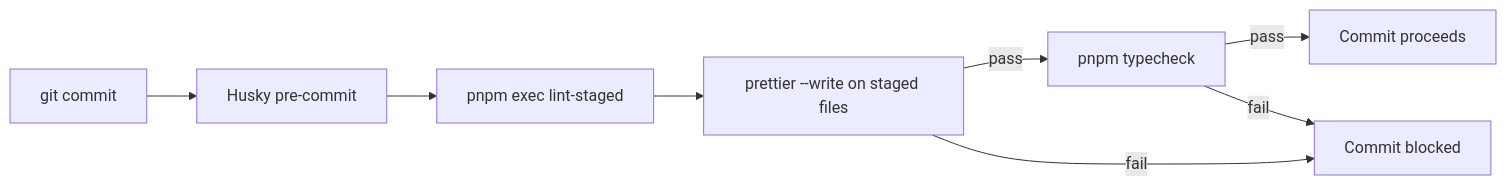
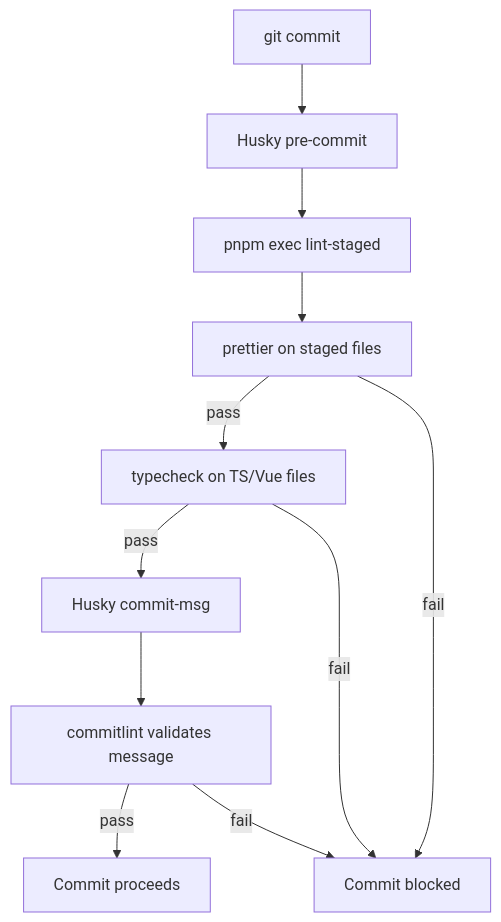
Before and after one commit to stevehsudrawing/stevehsudrawing.github.io: the diagram in .github/instructions/1-tech-stack/5-git-hooks.instructions.md, drawn with Mermaid. The commit also changed other lines of this file and 35 other files, not shown here.

````diff
--- a/.github/instructions/1-tech-stack/5-git-hooks.instructions.md
+++ b/.github/instructions/1-tech-stack/5-git-hooks.instructions.md
@@ -32,10 +60,13 @@
 ```mermaid
-flowchart LR
+flowchart TD
   A[git commit] --> B[Husky pre-commit]
   B --> C[pnpm exec lint-staged]
-  C --> D[prettier --write on staged files]
-  D --> |pass| E[pnpm typecheck]
+  C --> D[prettier on staged files]
+  D --> |pass| E[typecheck on TS/Vue files]
   D --> |fail| X[Commit blocked]
-  E --> |pass| F[Commit proceeds]
+  E --> |pass| F[Husky commit-msg]
   E --> |fail| X
+  F --> G[commitlint validates message]
+  G --> |pass| H[Commit proceeds]
+  G --> |fail| X
 ```
````
